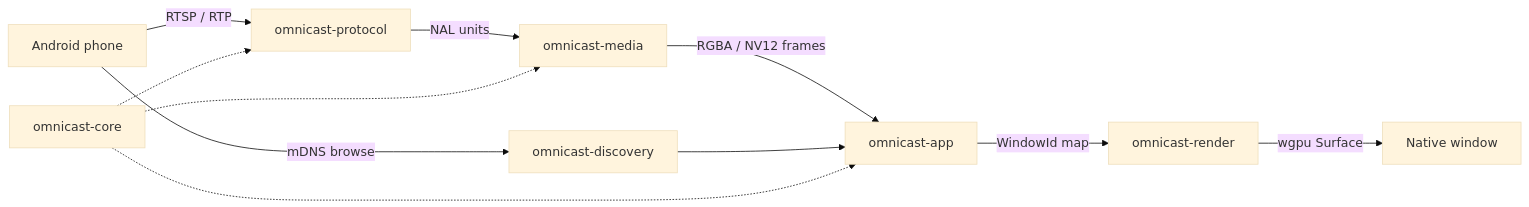
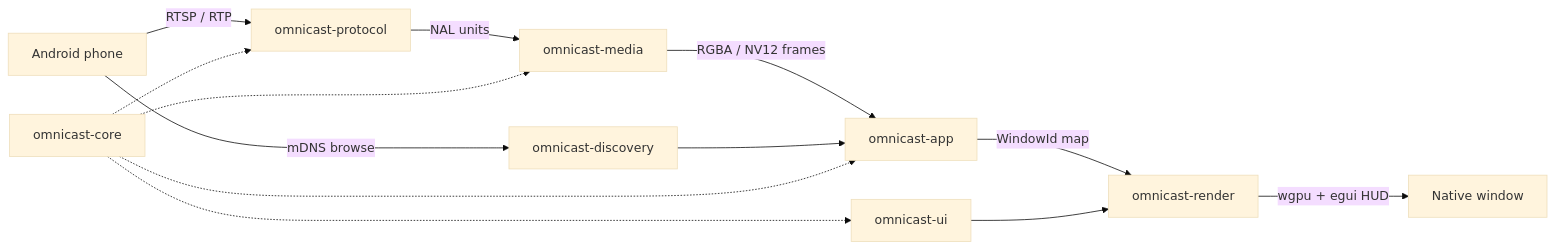
Before and after one commit to 42Wor/android-multicast-receiver: the diagram in README.md, drawn with Mermaid (base theme). The commit also changed other lines of this file and 2 other files, not shown here.

Commit message:
docs: update README and ROADMAP with current architecture and progress

````diff
--- a/README.md
+++ b/README.md
@@ -13,13 +27,15 @@
 ```mermaid
 flowchart LR
   Phone[Android phone] -->|mDNS browse| Disco[omnicast-discovery]
   Phone -->|RTSP / RTP| Proto[omnicast-protocol]
   Proto -->|NAL units| Media[omnicast-media]
   Media -->|RGBA / NV12 frames| App[omnicast-app]
   Disco --> App
   App -->|WindowId map| Render[omnicast-render]
-  Render -->|wgpu Surface| Win[Native window]
+  UI[omnicast-ui] --> Render
+  Render -->|wgpu + egui HUD| Win[Native window]
   Core[omnicast-core] -.-> App
   Core -.-> Proto
   Core -.-> Media
+  Core -.-> UI
 ```
````
